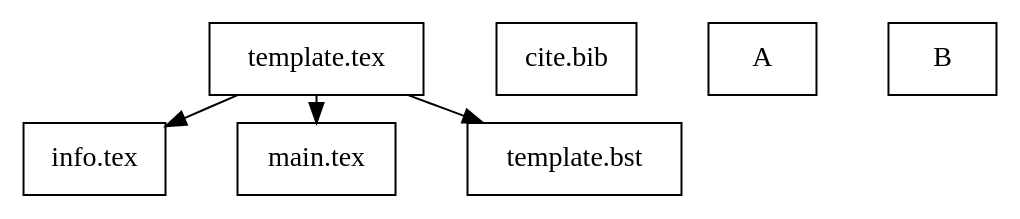
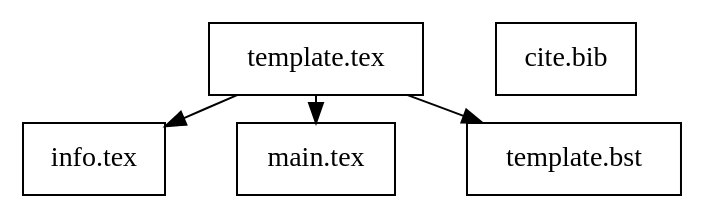
Before and after one commit to bwtian/texTemplate: the diagram in texTemplate.org, drawn with Graphviz. The commit also changed other lines of this file and 1 other file, not shown here.

Commit message:
- ‘.#texTemplate.org’ / ‘texTemplate.org’

```diff
--- a/texTemplate.org
+++ b/texTemplate.org
@@ -4,22 +4,22 @@
 #+BEGIN_SRC dot :file ./texTemplate.svg 
 digraph { 
 fontname="Times"; 
 fontsize = 12; 
 splines = false; 
 ranksep = 0.2; 
 nodesep = 0.5; 
 node [shape = box] 
 //1. set node 
 temp [label = "template.tex"]
 info [label = "info.tex"]
 main [label = "main.tex"]
 bib [label = "cite.bib"]
 bst [label = "template.bst"]
 
 //2. set path 
 temp -> {info,main,bst}
 
 //3. set rank 
-{rank = same; A, B} 
+
 }
 #+END_SRC
```
